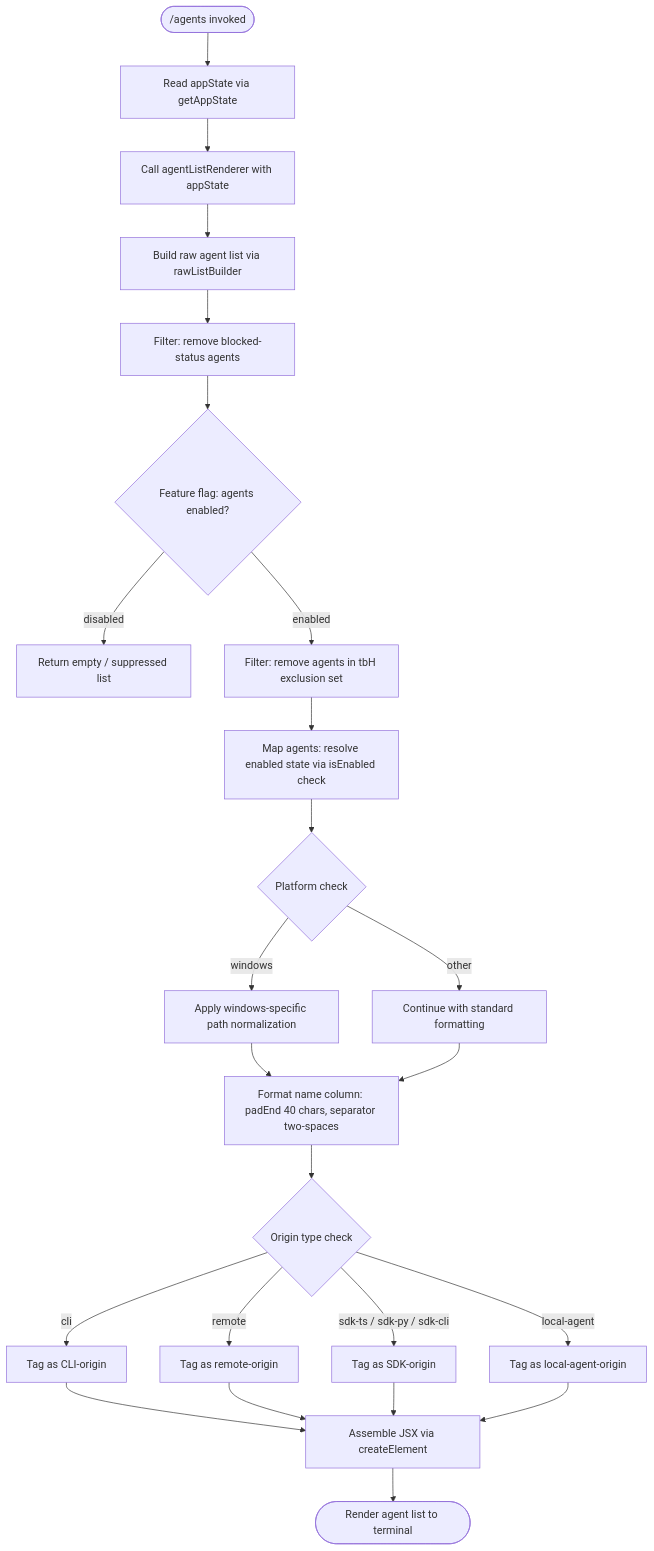
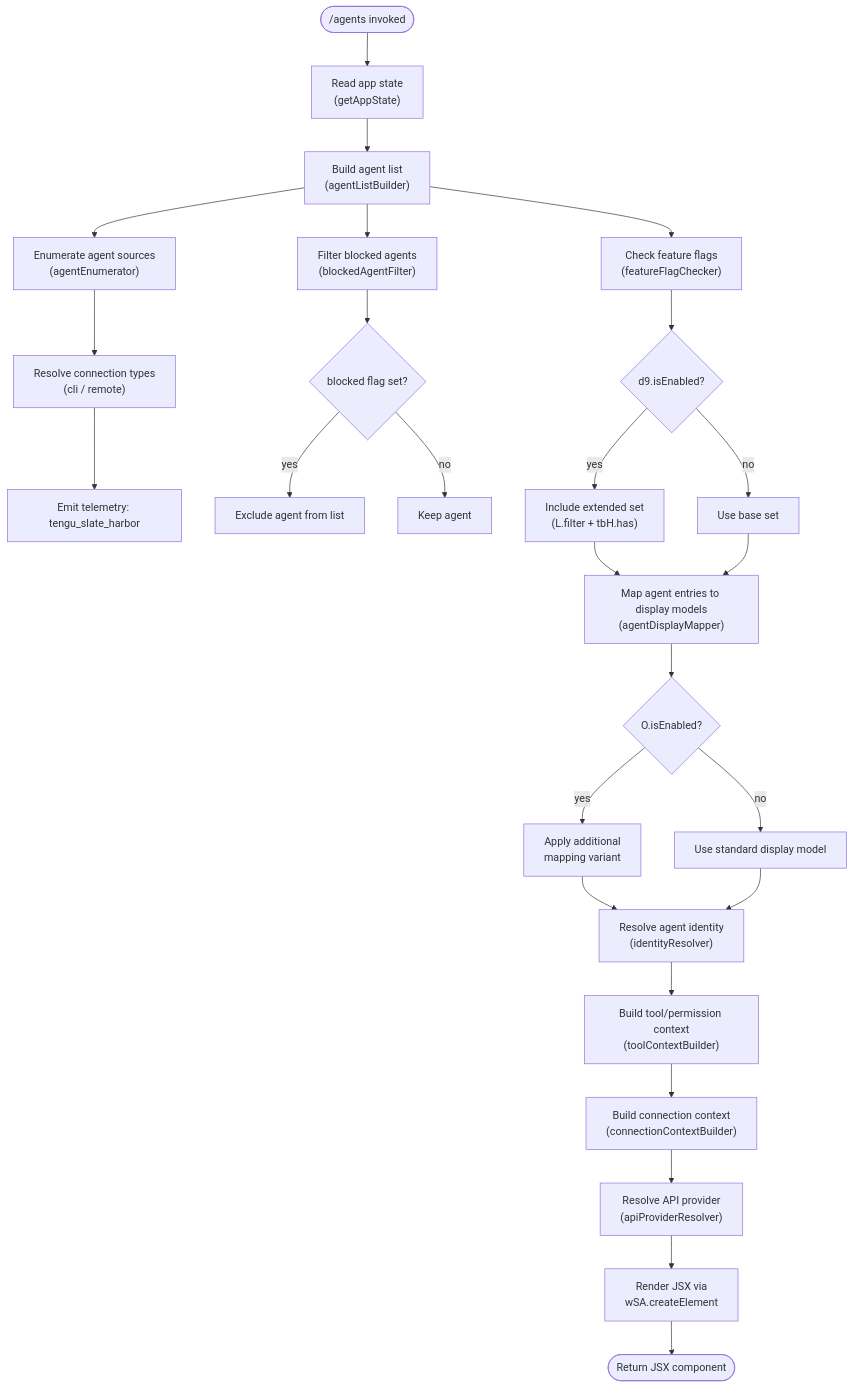
The diagram in versions/v2.1.132/agents.md (MyLittleLuckyDog/cc-gnothi), drawn with Mermaid before and after one commit. The commit also changed other lines of this file and 96 other files, not shown here.

````diff
--- a/versions/v2.1.132/agents.md
+++ b/versions/v2.1.132/agents.md
@@ -45,23 +54,35 @@
 ```mermaid
 flowchart TD
-    A([/agents invoked]) --> B[Read appState via getAppState]
-    B --> C[Call agentListRenderer with appState]
-    C --> D[Build raw agent list via rawListBuilder]
-    D --> E[Filter: remove blocked-status agents]
-    E --> F{Feature flag: agents enabled?}
-    F -- disabled --> G[Return empty / suppressed list]
-    F -- enabled --> H[Filter: remove agents in tbH exclusion set]
-    H --> I[Map agents: resolve enabled state via isEnabled check]
-    I --> J{Platform check}
-    J -- windows --> K[Apply windows-specific path normalization]
-    J -- other --> L[Continue with standard formatting]
-    K --> M[Format name column: padEnd 40 chars, separator two-spaces]
-    L --> M
-    M --> N{Origin type check}
-    N -- cli --> O[Tag as CLI-origin]
-    N -- remote --> P[Tag as remote-origin]
-    N -- sdk-ts / sdk-py / sdk-cli --> Q[Tag as SDK-origin]
-    N -- local-agent --> R[Tag as local-agent-origin]
-    O & P & Q & R --> S[Assemble JSX via createElement]
-    S --> T([Render agent list to terminal])
+    A(["/agents invoked"]) --> B["Read app state\n(getAppState)"]
+    B --> C["Build agent list\n(agentListBuilder)"]
+
+    C --> D["Enumerate agent sources\n(agentEnumerator)"]
+    D --> D1["Resolve connection types\n(cli / remote)"]
+    D1 --> D2["Emit telemetry: tengu_slate_harbor"]
+
+    C --> E["Filter blocked agents\n(blockedAgentFilter)"]
+    E --> E1{"blocked flag set?"}
+    E1 -- yes --> E2["Exclude agent from list"]
+    E1 -- no --> E3["Keep agent"]
+
+    C --> F["Check feature flags\n(featureFlagChecker)"]
+    F --> F1{"d9.isEnabled?"}
+    F1 -- yes --> F2["Include extended set\n(L.filter + tbH.has)"]
+    F1 -- no --> F3["Use base set"]
+
+    F2 --> G["Map agent entries to display models\n(agentDisplayMapper)"]
+    F3 --> G
+
+    G --> H{"O.isEnabled?"}
+    H -- yes --> I["Apply additional\nmapping variant"]
+    H -- no --> J["Use standard display model"]
+
+    I --> K["Resolve agent identity\n(identityResolver)"]
+    J --> K
+
+    K --> L["Build tool/permission context\n(toolContextBuilder)"]
+    L --> M["Build connection context\n(connectionContextBuilder)"]
+    M --> N["Resolve API provider\n(apiProviderResolver)"]
+    N --> O2["Render JSX via\nwSA.createElement"]
+    O2 --> P([Return JSX component])
 ```
````
